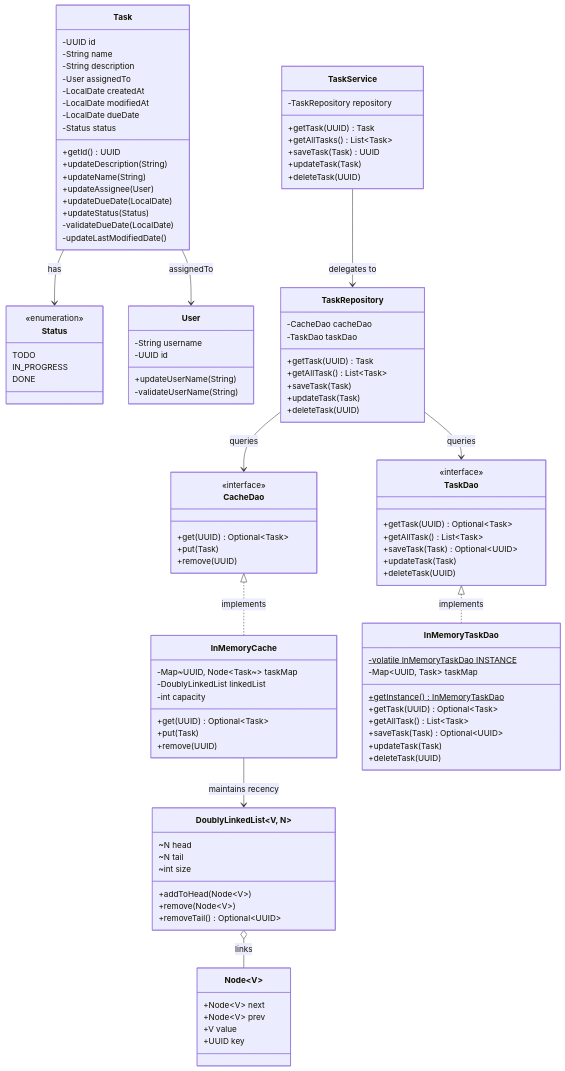
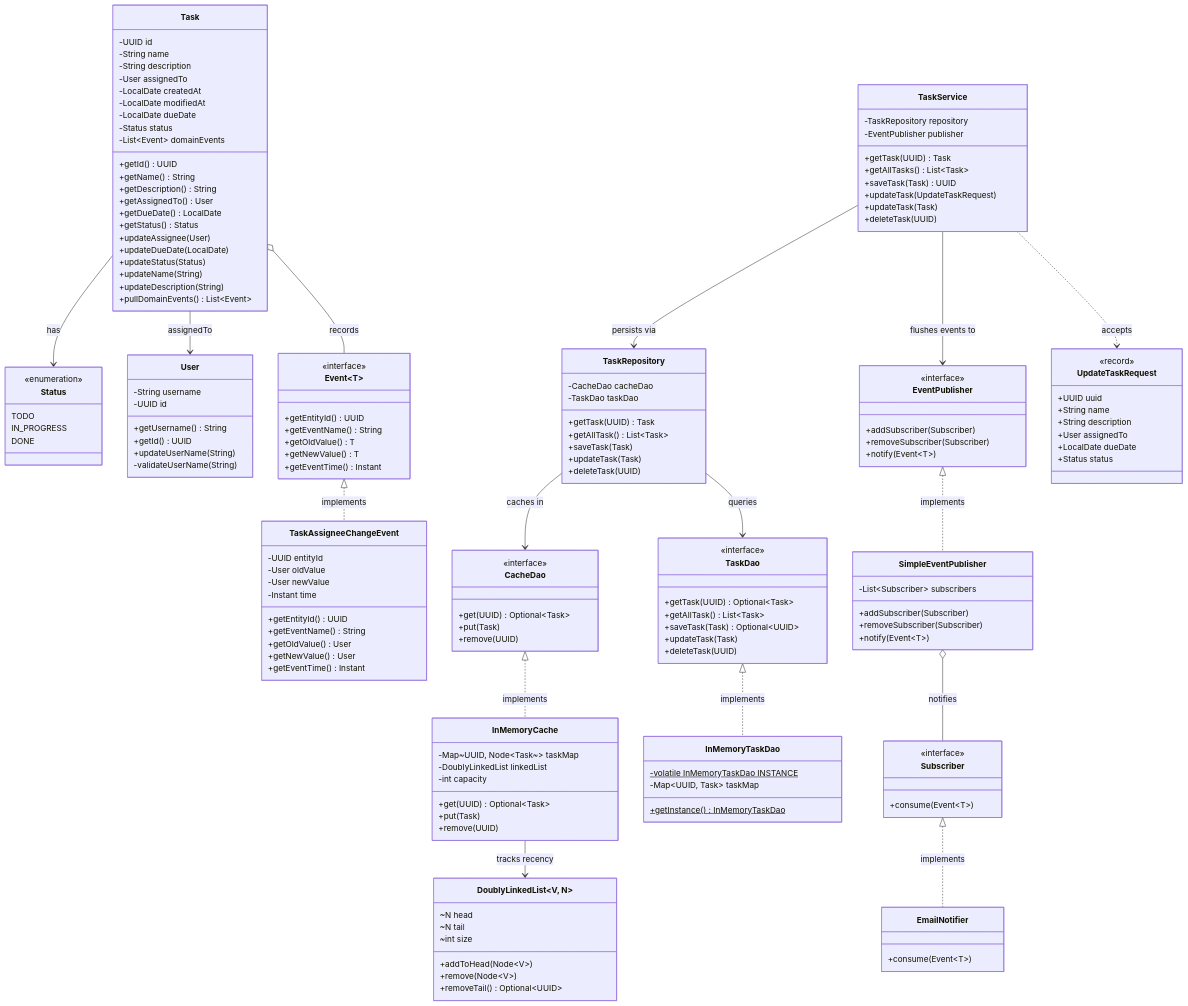
One commit to JyotimoyKashyap/system-design-labs changed the second of 5 diagrams in task-management-system/README.md. Above: the diagram before and after it, drawn with Mermaid. The commit also changed other lines of this file, not shown here.

````diff
--- a/task-management-system/README.md
+++ b/task-management-system/README.md
@@ -90,5 +103,6 @@
 ```mermaid
 classDiagram
+    %% ----------------- DOMAIN & DTO -----------------
     class Status {
         <<enumeration>>
         TODO
@@ -99,6 +113,8 @@
     class User {
         -String username
         -UUID id
+        +getUsername() String
+        +getId() UUID
         +updateUserName(String)
         -validateUserName(String)
     }
@@ -112,30 +128,112 @@
         -LocalDate modifiedAt
         -LocalDate dueDate
         -Status status
+        -List~Event~ domainEvents
         +getId() UUID
-        +updateDescription(String)
-        +updateName(String)
+        +getName() String
+        +getDescription() String
+        +getAssignedTo() User
+        +getDueDate() LocalDate
+        +getStatus() Status
         +updateAssignee(User)
         +updateDueDate(LocalDate)
         +updateStatus(Status)
-        -validateDueDate(LocalDate)
-        -updateLastModifiedDate()
+        +updateName(String)
+        +updateDescription(String)
+        +pullDomainEvents() List~Event~
     }
 
-    class Node~V~ {
-        +Node~V~ next
-        +Node~V~ prev
-        +V value
-        +UUID key
+    class UpdateTaskRequest {
+        <<record>>
+        +UUID uuid
+        +String name
+        +String description
+        +User assignedTo
+        +LocalDate dueDate
+        +Status status
     }
 
-    class DoublyLinkedList~V, N~ {
-        ~N head
-        ~N tail
-        ~int size
-        +addToHead(Node~V~)
-        +remove(Node~V~)
-        +removeTail() Optional~UUID~
+    %% ----------------- NOTIFICATION & OBSERVER -----------------
+    class Event~T~ {
+        <<interface>>
+        +getEntityId() UUID
+        +getEventName() String
+        +getOldValue() T
+        +getNewValue() T
+        +getEventTime() Instant
+    }
+
+    class TaskAssigneeChangeEvent {
+        -UUID entityId
+        -User oldValue
+        -User newValue
+        -Instant time
+        +getEntityId() UUID
+        +getEventName() String
+        +getOldValue() User
+        +getNewValue() User
+        +getEventTime() Instant
+    }
+
+    class EventPublisher {
+        <<interface>>
+        +addSubscriber(Subscriber)
+        +removeSubscriber(Subscriber)
+        +notify(Event~T~)
+    }
+
+    class SimpleEventPublisher {
+        -List~Subscriber~ subscribers
+        +addSubscriber(Subscriber)
+        +removeSubscriber(Subscriber)
+        +notify(Event~T~)
+    }
+
+    class Subscriber {
+        <<interface>>
+        +consume(Event~T~)
+    }
+
+    class EmailNotifier {
+        +consume(Event~T~)
+    }
+
+    %% ----------------- SERVICE & REPOSITORY -----------------
+    class TaskService {
+        -TaskRepository repository
+        -EventPublisher publisher
+        +getTask(UUID) Task
+        +getAllTasks() List~Task~
+        +saveTask(Task) UUID
+        +updateTask(UpdateTaskRequest)
+        +updateTask(Task)
+        +deleteTask(UUID)
+    }
+
+    class TaskRepository {
+        -CacheDao cacheDao
+        -TaskDao taskDao
+        +getTask(UUID) Task
+        +getAllTask() List~Task~
+        +saveTask(Task)
+        +updateTask(Task)
+        +deleteTask(UUID)
+    }
+
+    %% ----------------- STORAGE & CACHE -----------------
+    class TaskDao {
+        <<interface>>
+        +getTask(UUID) Optional~Task~
+        +getAllTask() List~Task~
+        +saveTask(Task) Optional~UUID~
+        +updateTask(Task)
+        +deleteTask(UUID)
+    }
+
+    class InMemoryTaskDao {
+        -volatile InMemoryTaskDao INSTANCE$
+        -Map~UUID, Task~ taskMap
+        +getInstance()$ InMemoryTaskDao
     }
 
     class CacheDao {
@@ -154,52 +252,29 @@
         +remove(UUID)
     }
 
-    class TaskDao {
-        <<interface>>
-        +getTask(UUID) Optional~Task~
-        +getAllTask() List~Task~
-        +saveTask(Task) Optional~UUID~
-        +updateTask(Task)
-        +deleteTask(UUID)
+    class DoublyLinkedList~V, N~ {
+        ~N head
+        ~N tail
+        ~int size
+        +addToHead(Node~V~)
+        +remove(Node~V~)
+        +removeTail() Optional~UUID~
     }
 
-    class InMemoryTaskDao {
-        -volatile InMemoryTaskDao INSTANCE$
-        -Map~UUID, Task~ taskMap
-        +getInstance()$ InMemoryTaskDao
-        +getTask(UUID) Optional~Task~
-        +getAllTask() List~Task~
-        +saveTask(Task) Optional~UUID~
-        +updateTask(Task)
-        +deleteTask(UUID)
-    }
-
-    class TaskRepository {
-        -CacheDao cacheDao
-        -TaskDao taskDao
-        +getTask(UUID) Task
-        +getAllTask() List~Task~
-        +saveTask(Task)
-        +updateTask(Task)
-        +deleteTask(UUID)
-    }
-
-    class TaskService {
-        -TaskRepository repository
-        +getTask(UUID) Task
-        +getAllTasks() List~Task~
-        +saveTask(Task) UUID
-        +updateTask(Task)
-        +deleteTask(UUID)
-    }
-
+    %% Relationships
     Task --> Status : has
     Task --> User : assignedTo
+    Task o-- Event : records
+    Event <|.. TaskAssigneeChangeEvent : implements
+    EventPublisher <|.. SimpleEventPublisher : implements
+    Subscriber <|.. EmailNotifier : implements
+    SimpleEventPublisher o-- Subscriber : notifies
+    TaskService --> TaskRepository : persists via
+    TaskService --> EventPublisher : flushes events to
+    TaskService ..> UpdateTaskRequest : accepts
+    TaskRepository --> CacheDao : caches in
+    TaskRepository --> TaskDao : queries
+    TaskDao <|.. InMemoryTaskDao : implements
     CacheDao <|.. InMemoryCache : implements
-    TaskDao <|.. InMemoryTaskDao : implements
-    InMemoryCache --> DoublyLinkedList : maintains recency
-    DoublyLinkedList o-- Node : links
-    TaskRepository --> CacheDao : queries
-    TaskRepository --> TaskDao : queries
-    TaskService --> TaskRepository : delegates to
+    InMemoryCache --> DoublyLinkedList : tracks recency
 ```
````
